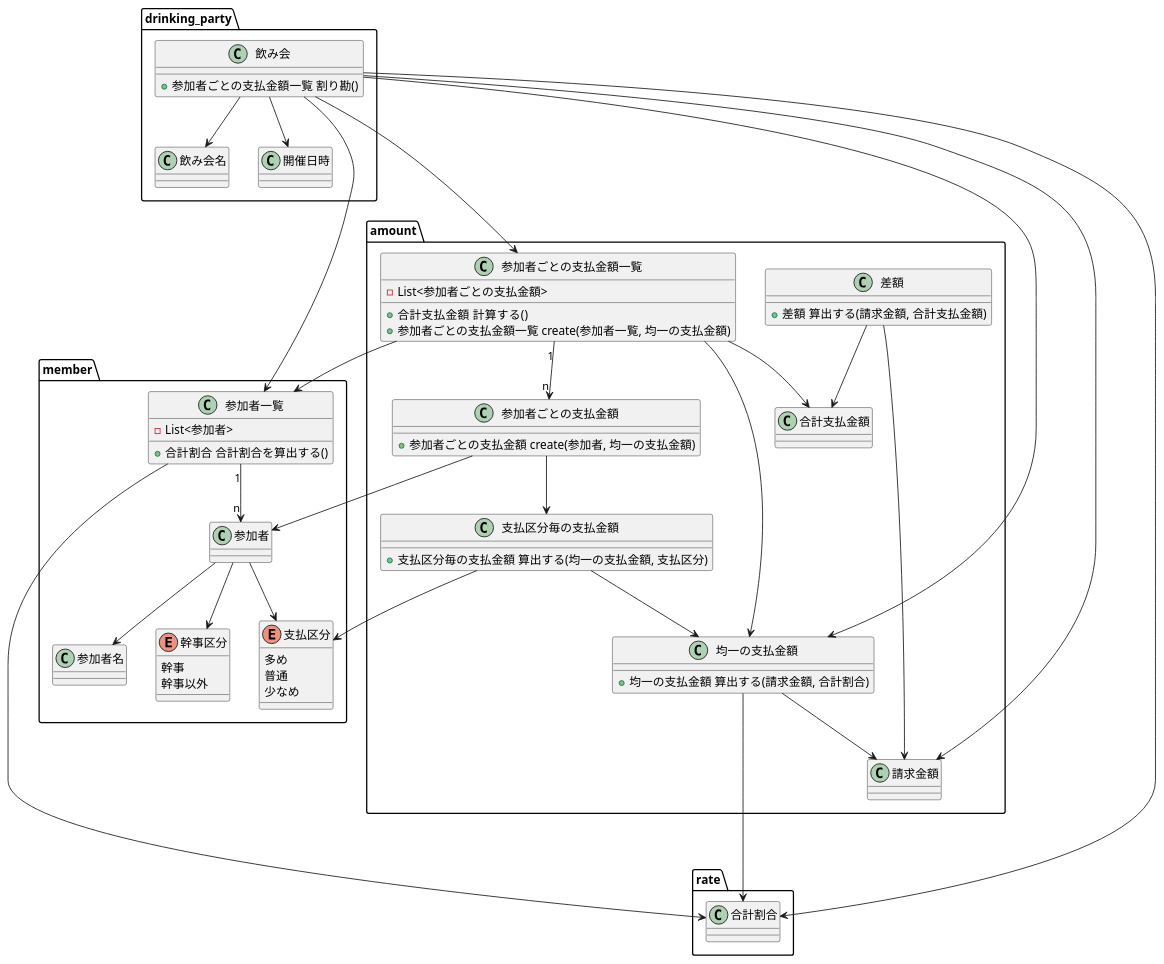
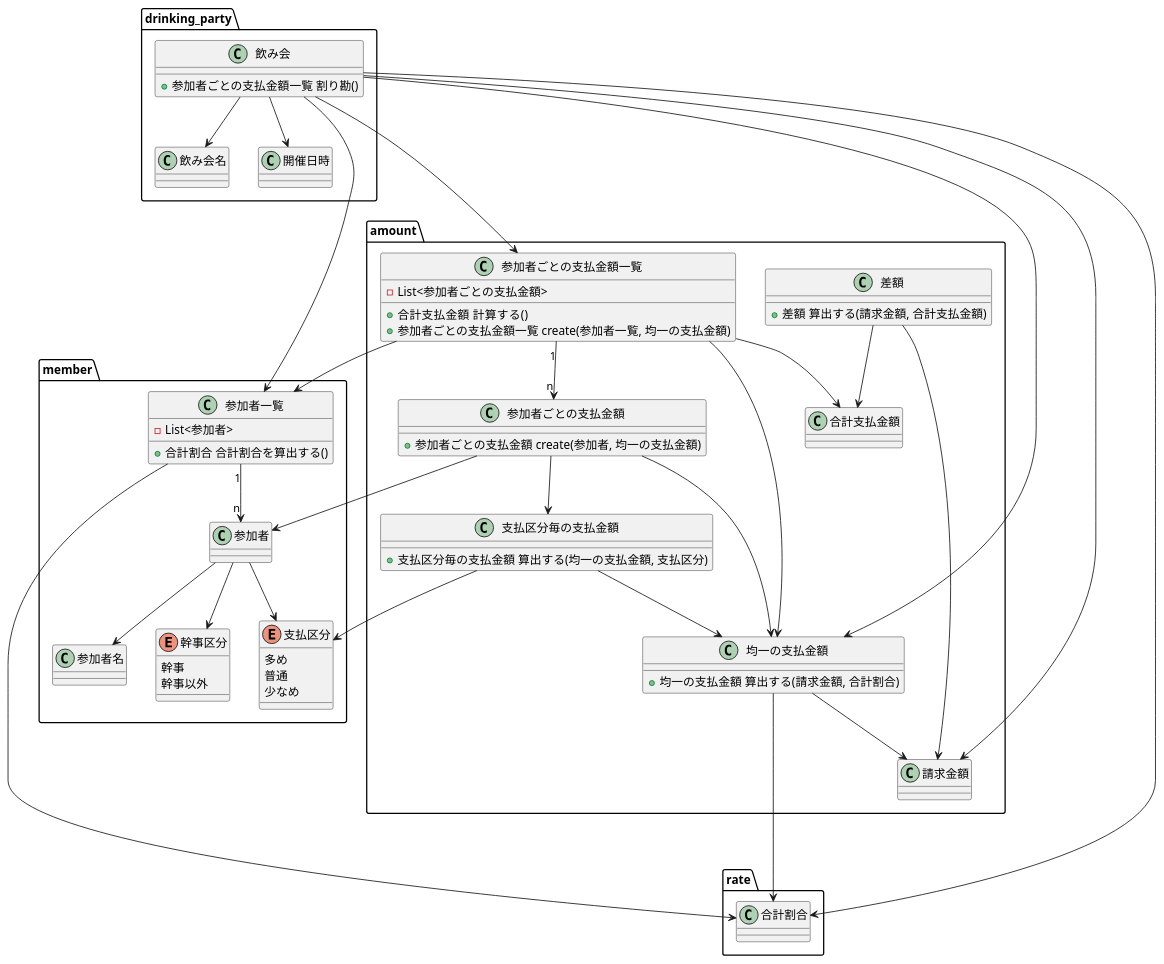
Before and after one commit to mmm00mmm/ddd-warikan: the diagram in doc/モデル３.puml, drawn with PlantUML.

Commit message:
修正漏れ

```diff
--- a/doc/モデル３.puml
+++ b/doc/モデル３.puml
@@ -1,95 +1,96 @@
 @startuml
 
 package drinking_party {
     class 飲み会 {
         + 参加者ごとの支払金額一覧 割り勘()
     }
     class 飲み会名 {
     }
     class 開催日時 {
     }
 
     飲み会 --> 飲み会名
     飲み会 --> 開催日時
 }
 
 package member {
     class 参加者一覧 {
         - List<参加者>
         + 合計割合 合計割合を算出する()
     }
     class 参加者名 {
     }
     enum 幹事区分 {
         幹事
         幹事以外
     }
     enum 支払区分 {
         多め
         普通
         少なめ
     }
 
     参加者一覧 "1" --> "n" 参加者
     参加者 --> 参加者名
     参加者 --> 幹事区分
     参加者 --> 支払区分
 }
 
 package rate {
     class 合計割合 {
     }
 }
 
 
 package amount {
     class 請求金額 {
     }
     class 均一の支払金額 {
         + 均一の支払金額 算出する(請求金額, 合計割合)
     }
     class 支払区分毎の支払金額 {
         + 支払区分毎の支払金額 算出する(均一の支払金額, 支払区分)
     }
     class 参加者ごとの支払金額 {
         + 参加者ごとの支払金額 create(参加者, 均一の支払金額)
     }
     class 参加者ごとの支払金額一覧 {
         - List<参加者ごとの支払金額>
         + 合計支払金額  計算する()
         + 参加者ごとの支払金額一覧 create(参加者一覧, 均一の支払金額)
     }
     class 合計支払金額 {
     }
     class 差額 {
         + 差額 算出する(請求金額, 合計支払金額)
     }
 
     均一の支払金額 --> 請求金額
     参加者ごとの支払金額 --> 支払区分毎の支払金額
+    参加者ごとの支払金額 --> 均一の支払金額
     参加者ごとの支払金額一覧 --> 均一の支払金額
     参加者ごとの支払金額一覧 "1" --> "n" 参加者ごとの支払金額
     参加者ごとの支払金額一覧 --> 合計支払金額
 
     支払区分毎の支払金額 --> 均一の支払金額
 
     差額 --> 請求金額
     差額 --> 合計支払金額
 }
 
 飲み会 --> 請求金額
 飲み会 ---> 参加者ごとの支払金額一覧
 飲み会 --> 均一の支払金額
 飲み会 --> 参加者一覧
 飲み会 --> 合計割合
 
 均一の支払金額 ----> 合計割合
 参加者一覧 ----> 合計割合
 
 参加者ごとの支払金額一覧 --> 参加者一覧
 
 参加者ごとの支払金額 --> 参加者
 
 支払区分毎の支払金額 --> 支払区分
 
 @enduml
```
